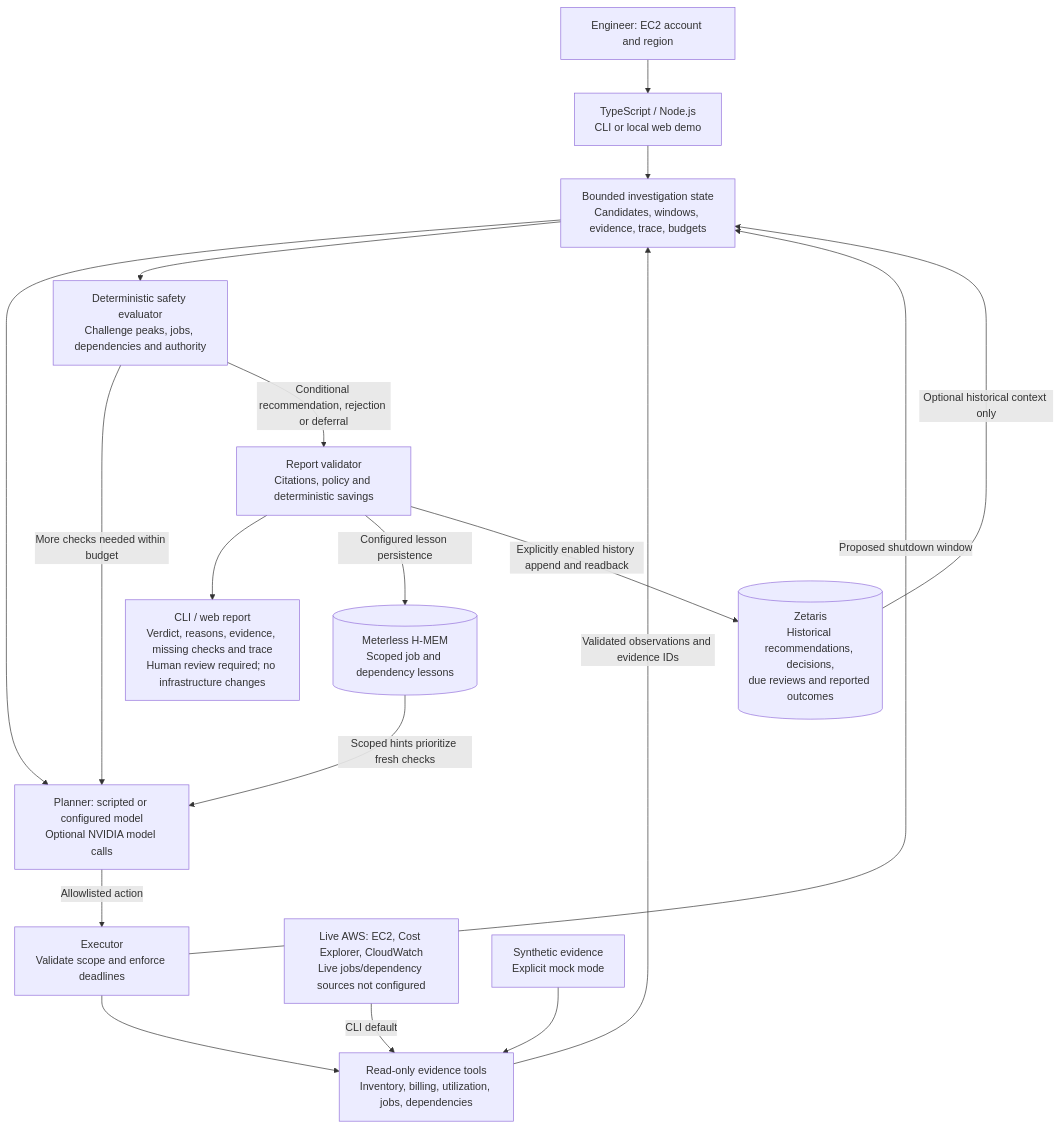
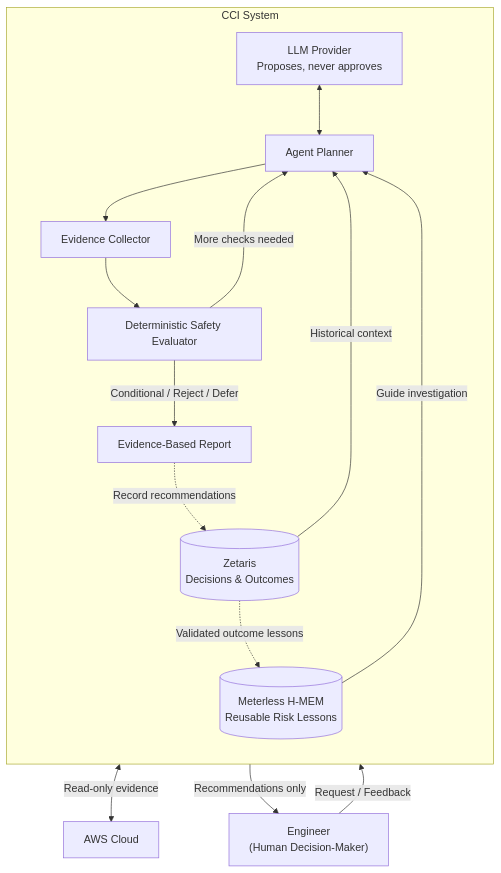
Before and after one commit to milaforge/cloud-cost-investigator: the second of 3 diagrams in README.md, drawn with Mermaid. The commit also changed other lines of this file and 16 other files, not shown here.

````diff
--- a/README.md
+++ b/README.md
@@ -38,20 +39,29 @@
 ```mermaid
+
 flowchart TD
-    User["Engineer: EC2 account and region"] --> Entry["TypeScript / Node.js<br/>CLI or local web demo"]
-    Entry --> State["Bounded investigation state<br/>Candidates, windows, evidence, trace, budgets"]
-    State --> Planner["Planner: scripted or configured model<br/>Optional NVIDIA model calls"]
-    Planner -->|Allowlisted action| Executor["Executor<br/>Validate scope and enforce deadlines"]
-    Executor --> Tools["Read-only evidence tools<br/>Inventory, billing, utilization, jobs, dependencies"]
-    AWS["Live AWS: EC2, Cost Explorer, CloudWatch<br/>Live jobs/dependency sources not configured"] -->|CLI default| Tools
-    Mock["Synthetic evidence<br/>Explicit mock mode"] --> Tools
-    Tools -->|Validated observations and evidence IDs| State
-    Executor -->|Proposed shutdown window| State
-    State --> Evaluator["Deterministic safety evaluator<br/>Challenge peaks, jobs, dependencies and authority"]
-    Evaluator -->|More checks needed within budget| Planner
-    Evaluator -->|Conditional recommendation, rejection or deferral| Report["Report validator<br/>Citations, policy and deterministic savings"]
-    Report --> Output["CLI / web report<br/>Verdict, reasons, evidence, missing checks and trace<br/>Human review required; no infrastructure changes"]
-    HMem[("Meterless H-MEM<br/>Scoped job and dependency lessons")] -->|Scoped hints prioritize fresh checks| Planner
-    Report -->|Configured lesson persistence| HMem
-    Zetaris[("Zetaris<br/>Historical recommendations, decisions,<br/>due reviews and reported outcomes")] -->|Optional historical context only| State
-    Report -->|Explicitly enabled history append and readback| Zetaris
+    User["Engineer<br/>(Human Decision-Maker)"]
+
+    subgraph CCI["CCI System"]
+        direction TB
+
+        Planner["Agent Planner"] --> Collector["Evidence Collector"]
+        Collector --> Evaluator["Deterministic Safety Evaluator"]
+        Evaluator -->|More checks needed| Planner
+        Evaluator -->|Conditional / Reject / Defer| Report["Evidence-Based Report"]
+
+        LLM["LLM Provider<br/>Proposes, never approves"] <--> Planner
+
+        HMem[("Meterless H-MEM<br/>Reusable Risk Lessons")] -->|Guide investigation| Planner
+
+        Zetaris[("Zetaris<br/>Decisions & Outcomes")] -->|Historical context| Planner
+        Report -.->|Record recommendations| Zetaris
+        Zetaris -.->|Validated outcome lessons| HMem
+    end
+
+    AWS["AWS Cloud"]
+
+    User -->|Request / Feedback| Planner
+    Collector <-->|Read-only evidence| AWS
+    Report -->|Recommendations only| User
+
 ```
````
